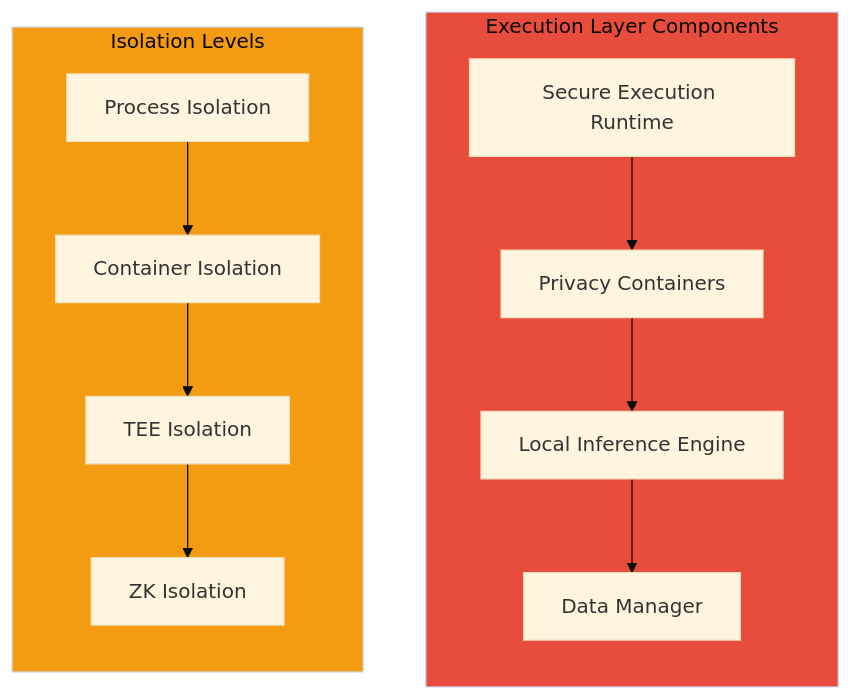
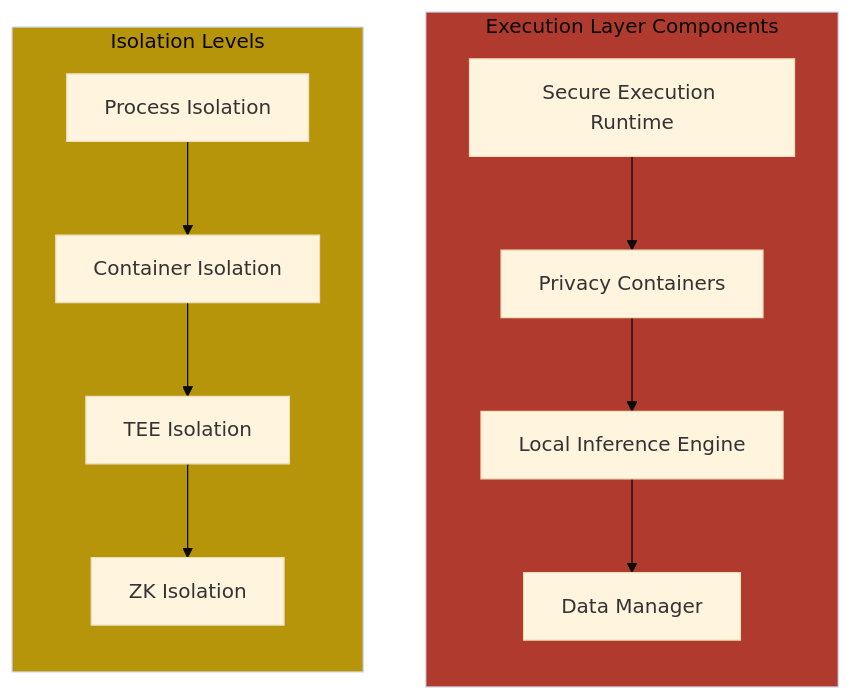
One commit to CipherOcto/cipherocto changed the fourth of 10 diagrams in docs/03-technology/system-architecture.md. Above: the diagram before and after it, drawn with Mermaid (base theme). The commit also changed other lines of this file and 13 other files, not shown here.

First line of the commit message:
Improve Mermaid diagram accessibility: Fix color contrast

````diff
--- a/docs/03-technology/system-architecture.md
+++ b/docs/03-technology/system-architecture.md
@@ -117,27 +117,27 @@
 ```mermaid
 graph TB
     subgraph EXECUTION["Execution Layer Components"]
         direction TB
         SER[Secure Execution Runtime]
         PC[Privacy Containers]
         LI[Local Inference Engine]
         DM[Data Manager]
     end
 
     subgraph ISOLATION["Isolation Levels"]
         direction TB
         L1[Process Isolation]
         L2[Container Isolation]
         L3[TEE Isolation]
         L4[ZK Isolation]
     end
 
     SER --> PC
     PC --> LI
     LI --> DM
 
     L1 --> L2 --> L3 --> L4
 
-    style EXECUTION fill:#e74c3c
-    style ISOLATION fill:#f39c12
+    style EXECUTION fill:#b03a2e
+    style ISOLATION fill:#b7950b
 ```
````
